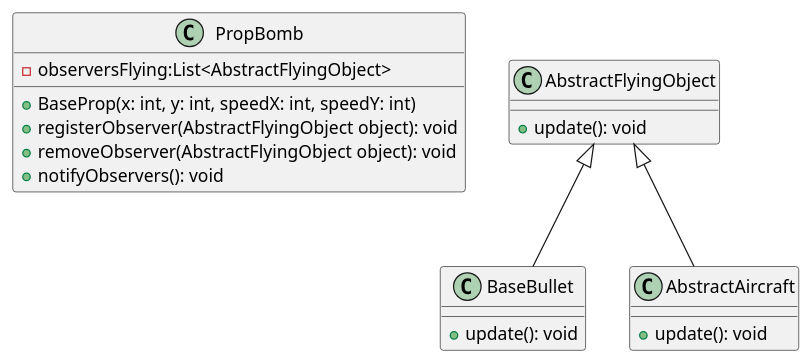
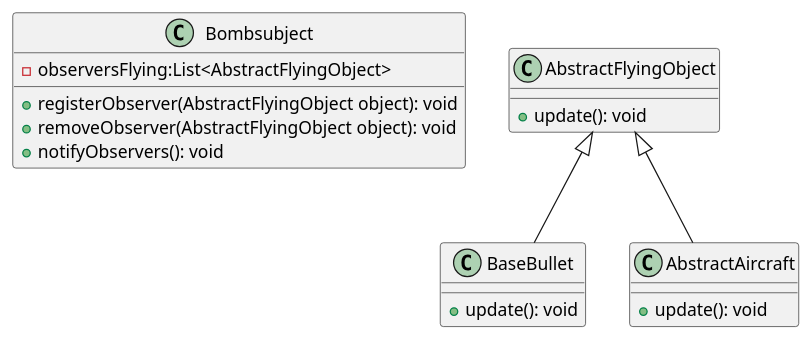
Before and after one commit to cuijunjie18/AircraftWar: the diagram in uml/Observer_Pattern.puml, drawn with PlantUML.

Commit message:
[fix]:更新uml类图.

```diff
--- a/uml/Observer_Pattern.puml
+++ b/uml/Observer_Pattern.puml
@@ -1,26 +1,25 @@
-class PropBomb
+class Bombsubject
 {
     - observersFlying:List<AbstractFlyingObject>
-    +BaseProp(x: int, y: int, speedX: int, speedY: int)
     +registerObserver(AbstractFlyingObject object): void
     +removeObserver(AbstractFlyingObject object): void
     +notifyObservers(): void
 }
 
 class AbstractFlyingObject
 {
     +update(): void
 }
 
 class BaseBullet
 {
     +update(): void
 }
 
 class AbstractAircraft
 {
     +update(): void
 }
 
 AbstractFlyingObject <|-- BaseBullet
 AbstractFlyingObject <|-- AbstractAircraft
```
